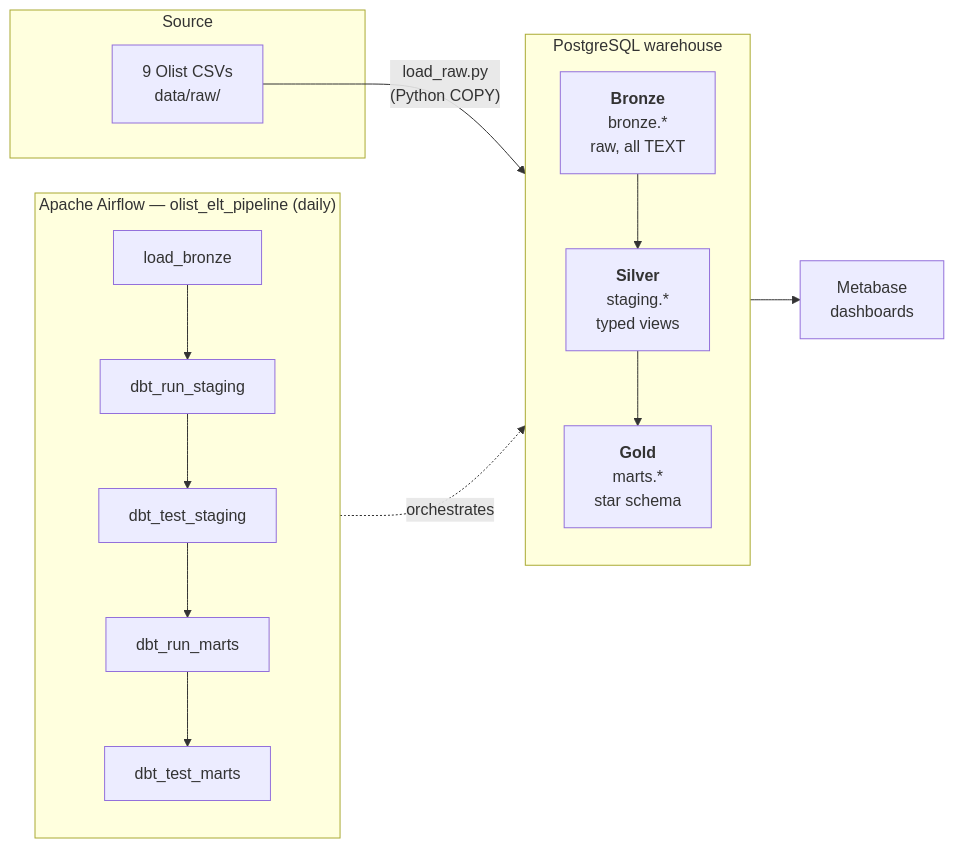
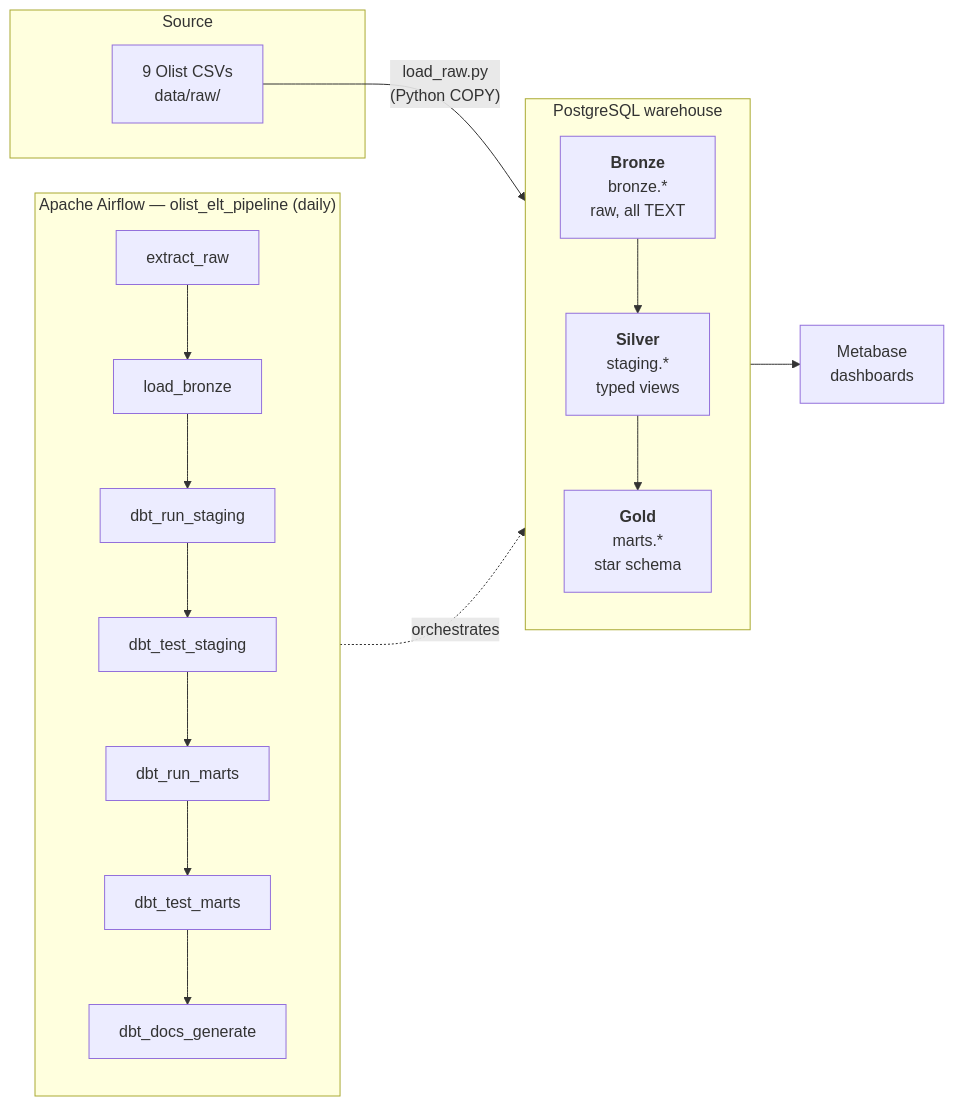
One commit to DevonSLran/Data_Engineering-Final_Project changed the first of 2 diagrams in README.md. Above: the diagram before and after it, drawn with Mermaid. The commit also changed other lines of this file and 5 other files, not shown here.

````diff
--- a/README.md
+++ b/README.md
@@ -23,23 +23,23 @@
 ```mermaid
 flowchart LR
     subgraph SRC["Source"]
         CSV["9 Olist CSVs<br/>data/raw/"]
     end
 
     subgraph PG["PostgreSQL warehouse"]
         direction TB
         B["<b>Bronze</b><br/>bronze.*<br/>raw, all TEXT"]
         S["<b>Silver</b><br/>staging.*<br/>typed views"]
         G["<b>Gold</b><br/>marts.*<br/>star schema"]
         B --> S --> G
     end
 
     CSV -->|"load_raw.py<br/>(Python COPY)"| B
     G --> MB["Metabase<br/>dashboards"]
 
     subgraph AF["Apache Airflow — olist_elt_pipeline (daily)"]
-        T1["load_bronze"] --> T2["dbt_run_staging"] --> T3["dbt_test_staging"] --> T4["dbt_run_marts"] --> T5["dbt_test_marts"]
+        T0["extract_raw"] --> T1["load_bronze"] --> T2["dbt_run_staging"] --> T3["dbt_test_staging"] --> T4["dbt_run_marts"] --> T5["dbt_test_marts"] --> T6["dbt_docs_generate"]
     end
 
     AF -.orchestrates.-> PG
 ```
````
